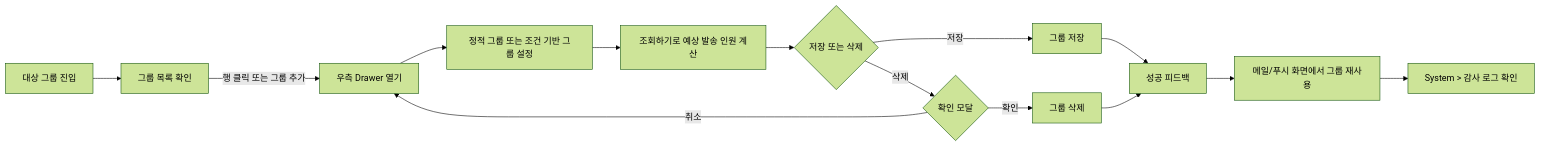
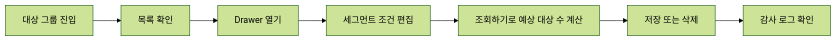
One commit to blackstarzck/topik-ai changed the third of 5 diagrams in docs/specs/admin-page-flows-mermaid.md. Above: the diagram before and after it, drawn with Mermaid (forest theme). The commit also changed other lines of this file and 26 other files, not shown here.

````diff
--- a/docs/specs/admin-page-flows-mermaid.md
+++ b/docs/specs/admin-page-flows-mermaid.md
@@ -117,16 +34,9 @@
 ```mermaid
 flowchart LR
-  A[대상 그룹 진입] --> B[그룹 목록 확인]
-  B -->|행 클릭 또는 그룹 추가| C[우측 Drawer 열기]
-  C --> D[정적 그룹 또는 조건 기반 그룹 설정]
-  D --> E[조회하기로 예상 발송 인원 계산]
-  E --> F{저장 또는 삭제}
-  F -->|저장| G[그룹 저장]
-  F -->|삭제| H{확인 모달}
-  H -->|확인| I[그룹 삭제]
-  H -->|취소| C
-  G --> J[성공 피드백]
-  I --> J
-  J --> K[메일/푸시 화면에서 그룹 재사용]
-  K --> L[System > 감사 로그 확인]
+  A["대상 그룹 진입"] --> B["목록 확인"]
+  B --> C["Drawer 열기"]
+  C --> D["세그먼트 조건 편집"]
+  D --> E["조회하기로 예상 대상 수 계산"]
+  E --> F["저장 또는 삭제"]
+  F --> G["감사 로그 확인"]
 ```
````
